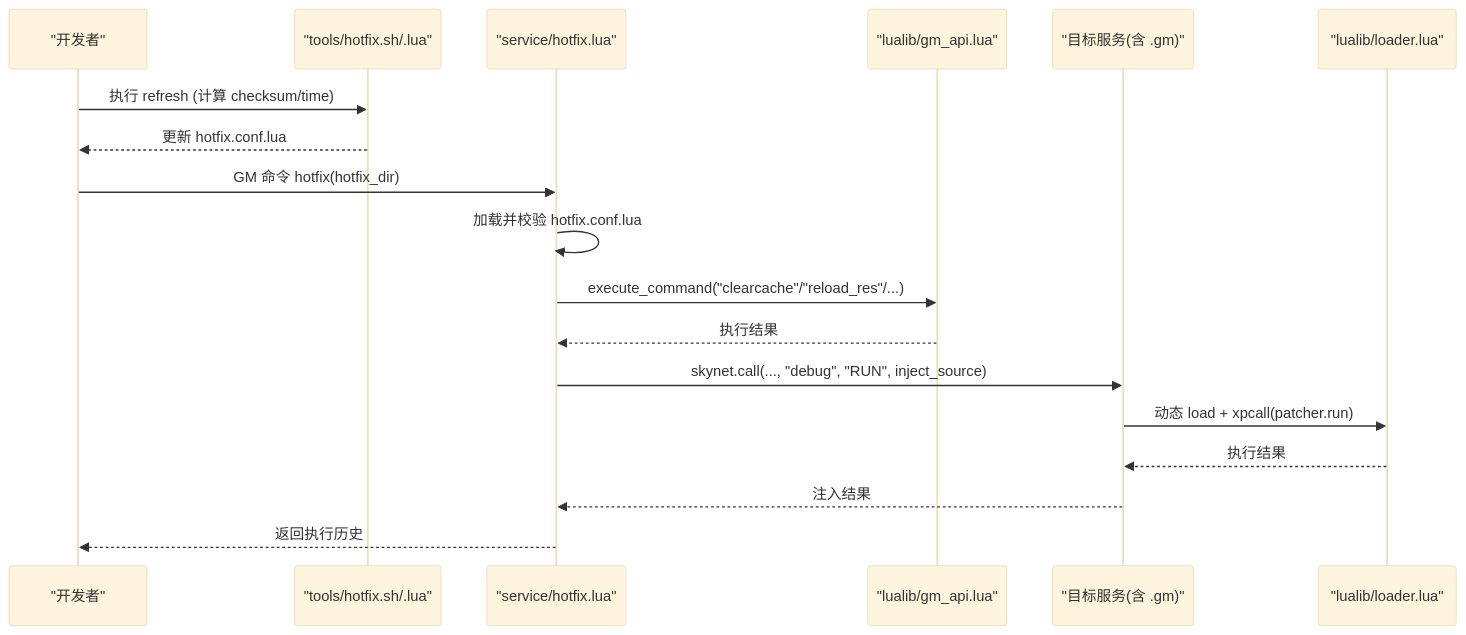
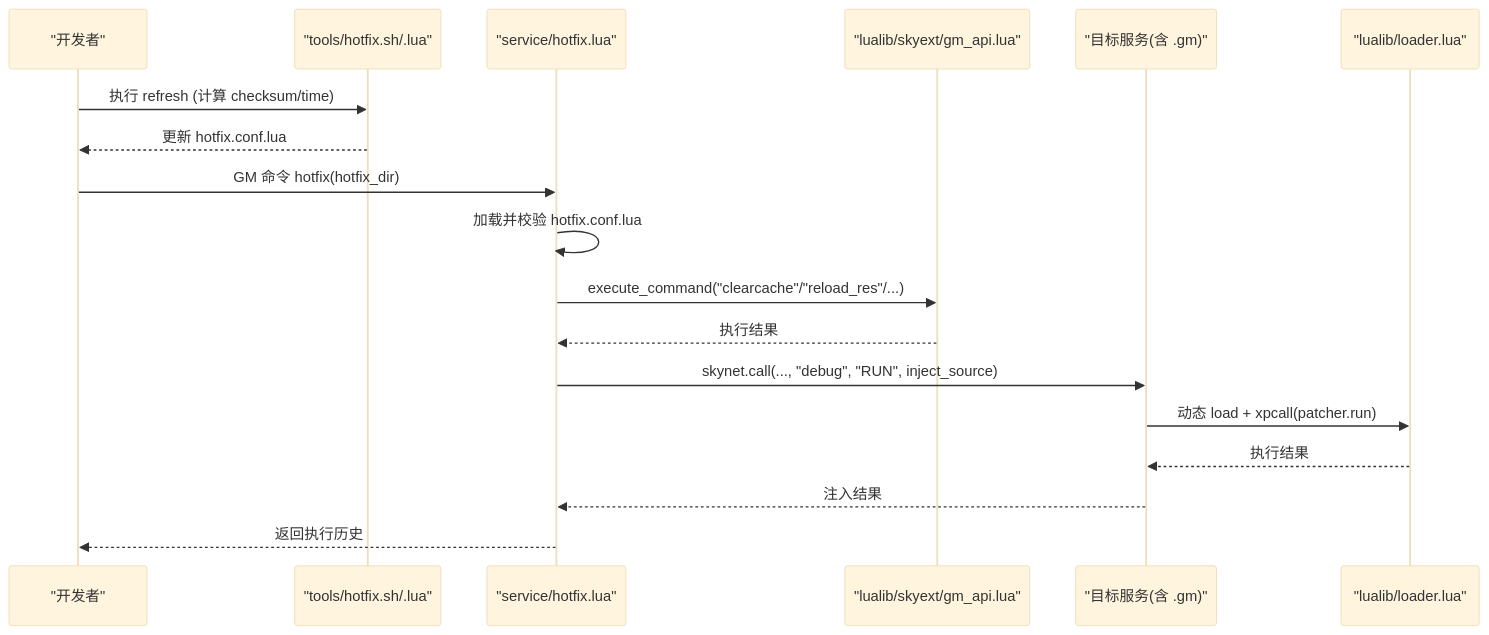
The second of 4 diagrams in docs/repowiki/zh/content/部署运维/热更新系统.md (hanxi/skyext), drawn with Mermaid (base theme) before and after one commit. The commit also changed other lines of this file and 117 other files, not shown here.

````diff
--- a/docs/repowiki/zh/content/部署运维/热更新系统.md
+++ b/docs/repowiki/zh/content/部署运维/热更新系统.md
@@ -104,20 +104,20 @@
 ```mermaid
 sequenceDiagram
 participant Dev as "开发者"
 participant Tool as "tools/hotfix.sh/.lua"
 participant Server as "service/hotfix.lua"
-participant GM as "lualib/gm_api.lua"
+participant GM as "lualib/skyext/gm_api.lua"
 participant S as "目标服务(含 .gm)"
 participant Ldr as "lualib/loader.lua"
 Dev->>Tool : 执行 refresh (计算 checksum/time)
 Tool-->>Dev : 更新 hotfix.conf.lua
 Dev->>Server : GM 命令 hotfix(hotfix_dir)
 Server->>Server : 加载并校验 hotfix.conf.lua
 Server->>GM : execute_command("clearcache"/"reload_res"/...)
 GM-->>Server : 执行结果
 Server->>S : skynet.call(..., "debug", "RUN", inject_source)
 S->>Ldr : 动态 load + xpcall(patcher.run)
 Ldr-->>S : 执行结果
 S-->>Server : 注入结果
 Server-->>Dev : 返回执行历史
 ```
````
